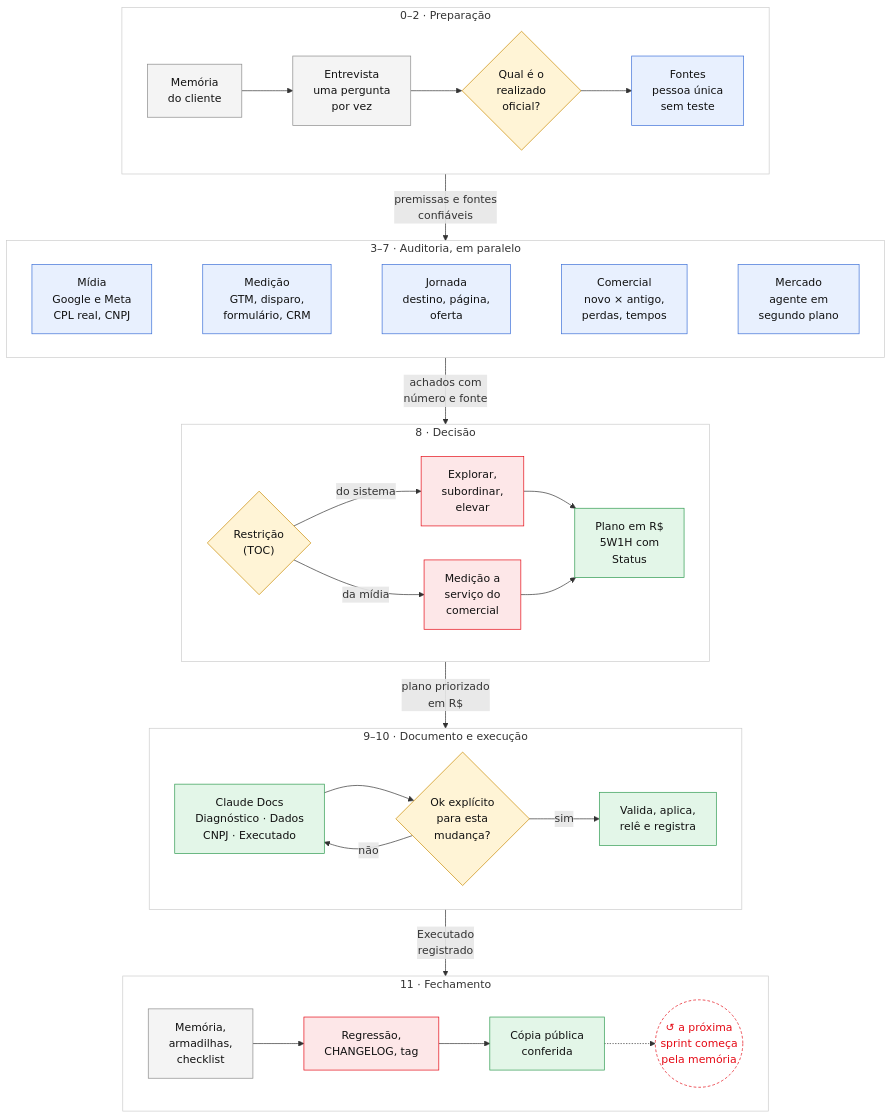
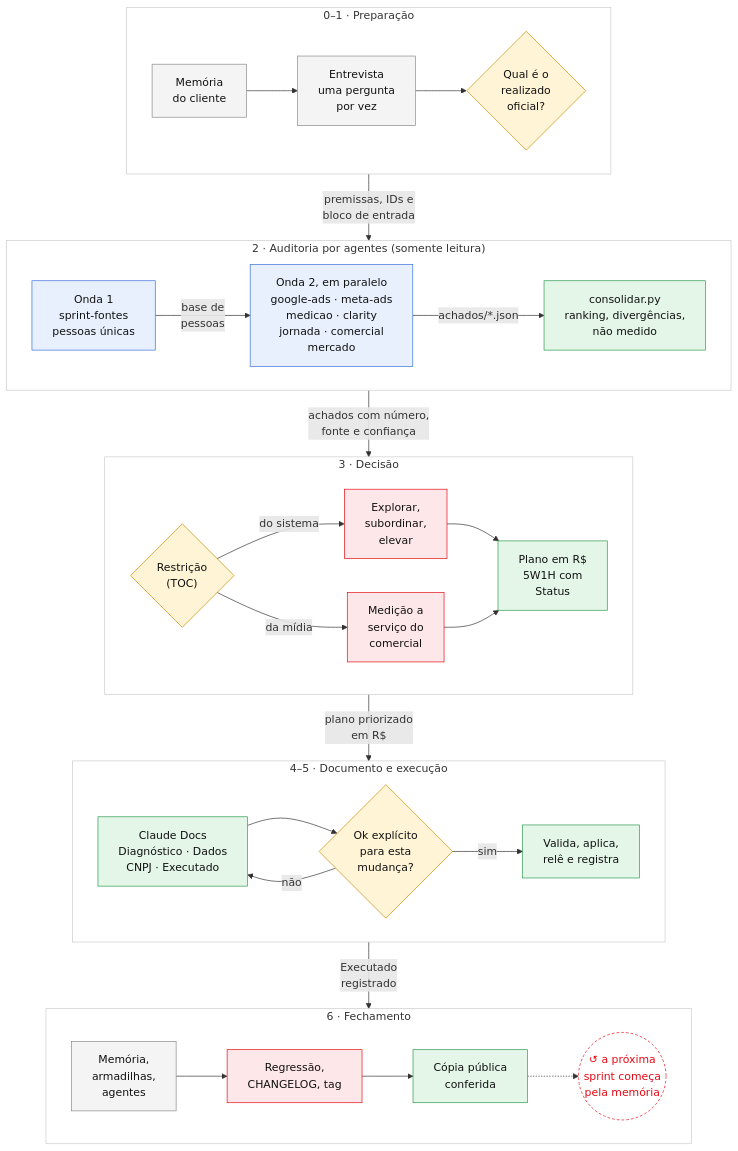
One commit to jeanreisv4/growth-enginner changed the diagram in sprint-growth/README.md. Above: the diagram before and after it, drawn with Mermaid. The commit also changed other lines of this file and 22 other files, not shown here.

Commit message:
sprint-growth v2.0: auditoria em 8 agentes especialistas, contrato de achados, consolidar.py e Clarity

````diff
--- a/sprint-growth/README.md
+++ b/sprint-growth/README.md
@@ -20,56 +24,54 @@
 ```mermaid
 flowchart TB
     classDef entrada fill:#F4F4F4,stroke:#8A8A8A,color:#111
     classDef decisao fill:#FFF4D6,stroke:#C98A00,color:#111
     classDef calculo fill:#E8F0FE,stroke:#3B6FD8,color:#111
     classDef saida fill:#E3F6E8,stroke:#2E9A4F,color:#111
     classDef trava fill:#FDE7E8,stroke:#E50914,color:#111
     classDef loop fill:#FFFFFF,stroke:#E50914,stroke-dasharray:4 3,color:#E50914
 
-    subgraph P["0–2 · Preparação"]
+    subgraph P["0–1 · Preparação"]
         direction LR
-        P0["Memória<br/>do cliente"]:::entrada --> P1["Entrevista<br/>uma pergunta<br/>por vez"]:::entrada --> P2{"Qual é o<br/>realizado<br/>oficial?"}:::decisao --> P3["Fontes<br/>pessoa única<br/>sem teste"]:::calculo
+        P0["Memória<br/>do cliente"]:::entrada --> P1["Entrevista<br/>uma pergunta<br/>por vez"]:::entrada --> P2{"Qual é o<br/>realizado<br/>oficial?"}:::decisao
     end
 
-    subgraph A["3–7 · Auditoria, em paralelo"]
+    subgraph A["2 · Auditoria por agentes (somente leitura)"]
         direction LR
-        A1["Mídia<br/>Google e Meta<br/>CPL real, CNPJ"]:::calculo
-        A2["Medição<br/>GTM, disparo,<br/>formulário, CRM"]:::calculo
-        A3["Jornada<br/>destino, página,<br/>oferta"]:::calculo
-        A4["Comercial<br/>novo × antigo,<br/>perdas, tempos"]:::calculo
-        A5["Mercado<br/>agente em<br/>segundo plano"]:::calculo
-        A1 ~~~ A2 ~~~ A3 ~~~ A4 ~~~ A5
+        A0["Onda 1<br/>sprint-fontes<br/>pessoas únicas"]:::calculo
+        A2["Onda 2, em paralelo<br/>google-ads · meta-ads<br/>medicao · clarity<br/>jornada · comercial<br/>mercado"]:::calculo
+        A3["consolidar.py<br/>ranking, divergências,<br/>não medido"]:::saida
+        A0 -->|"base de<br/>pessoas"| A2 -->|"achados/*.json"| A3
     end
 
-    subgraph D["8 · Decisão"]
+    subgraph D["3 · Decisão"]
         direction LR
         D1{"Restrição<br/>(TOC)"}:::decisao
         D1 -->|do sistema| D2["Explorar,<br/>subordinar,<br/>elevar"]:::trava
         D1 -->|da mídia| D3["Medição a<br/>serviço do<br/>comercial"]:::trava
         D2 --> D4["Plano em R$<br/>5W1H com<br/>Status"]:::saida
         D3 --> D4
     end
 
-    subgraph X["9–10 · Documento e execução"]
+    subgraph X["4–5 · Documento e execução"]
         direction LR
         X1["Claude Docs<br/>Diagnóstico · Dados<br/>CNPJ · Executado"]:::saida --> X2{"Ok explícito<br/>para esta<br/>mudança?"}:::decisao
         X2 -->|sim| X3["Valida, aplica,<br/>relê e registra"]:::saida
         X2 -->|não| X1
     end
 
-    subgraph F["11 · Fechamento"]
+    subgraph F["6 · Fechamento"]
         direction LR
-        F1["Memória,<br/>armadilhas,<br/>checklist"]:::entrada --> F2["Regressão,<br/>CHANGELOG, tag"]:::trava --> F3["Cópia pública<br/>conferida"]:::saida
+        F1["Memória,<br/>armadilhas,<br/>agentes"]:::entrada --> F2["Regressão,<br/>CHANGELOG, tag"]:::trava --> F3["Cópia pública<br/>conferida"]:::saida
         F3 -.-> F4(("↺ a próxima<br/>sprint começa<br/>pela memória")):::loop
     end
 
-    P -->|"premissas e fontes<br/>confiáveis"| A
-    A -->|"achados com<br/>número e fonte"| D
+    P -->|"premissas, IDs e<br/>bloco de entrada"| A
+    A -->|"achados com número,<br/>fonte e confiança"| D
     D -->|"plano priorizado<br/>em R$"| X
     X -->|"Executado<br/>registrado"| F
     style P fill:#FFFFFF,stroke:#CCCCCC
     style A fill:#FFFFFF,stroke:#CCCCCC
     style D fill:#FFFFFF,stroke:#CCCCCC
     style X fill:#FFFFFF,stroke:#CCCCCC
     style F fill:#FFFFFF,stroke:#CCCCCC
 ```
````
